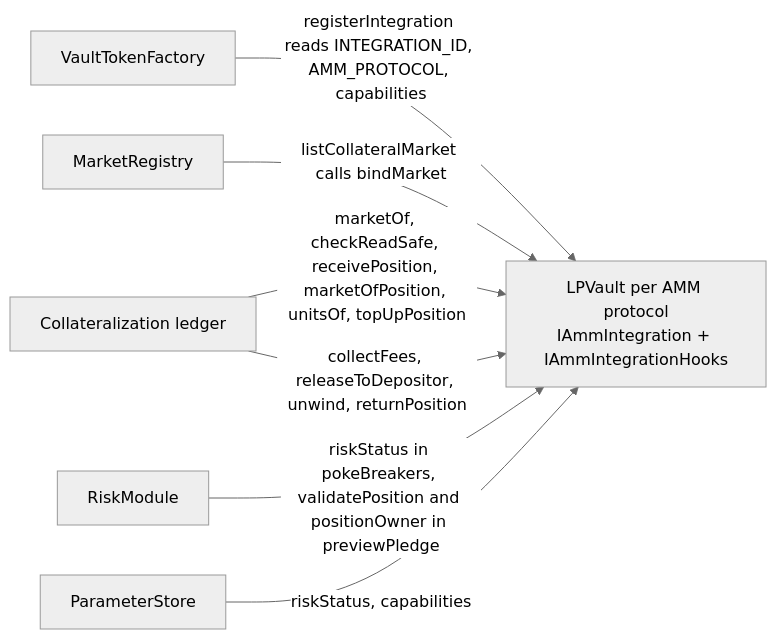
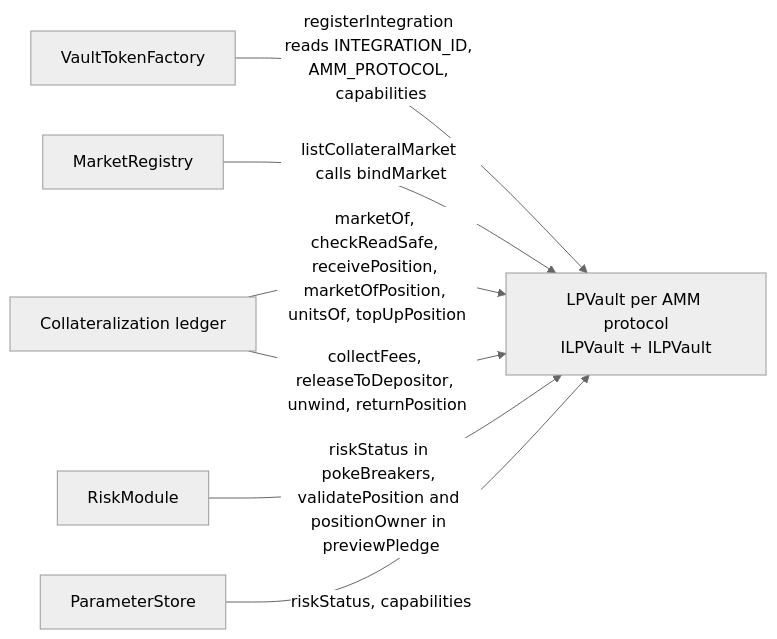
One commit to Avana-Labs/avana-monorepo changed the diagram in contracts/src/amm/LIFECYCLE.md. Above: the diagram before and after it, drawn with Mermaid (neutral theme). The commit also changed other lines of this file and 125 other files, not shown here.

````diff
--- a/contracts/src/amm/LIFECYCLE.md
+++ b/contracts/src/amm/LIFECYCLE.md
@@ -7,10 +7,10 @@
 ```mermaid
 flowchart LR
   VTF[VaultTokenFactory] -->|"registerIntegration reads INTEGRATION_ID, AMM_PROTOCOL, capabilities"| V
   MR[MarketRegistry] -->|"listCollateralMarket calls bindMarket"| V
   CO[Collateralization ledger] -->|"marketOf, checkReadSafe, receivePosition, marketOfPosition, unitsOf, topUpPosition"| V
   CO -->|"collectFees, releaseToDepositor, unwind, returnPosition"| V
   RM[RiskModule] -->|"riskStatus in pokeBreakers, validatePosition and positionOwner in previewPledge"| V
   PS[ParameterStore] -->|"riskStatus, capabilities"| V
-  V["LPVault per AMM protocol<br/>IAmmIntegration + IAmmIntegrationHooks"]
+  V["LPVault per AMM protocol<br/>ILPVault + ILPVault"]
 ```
````
